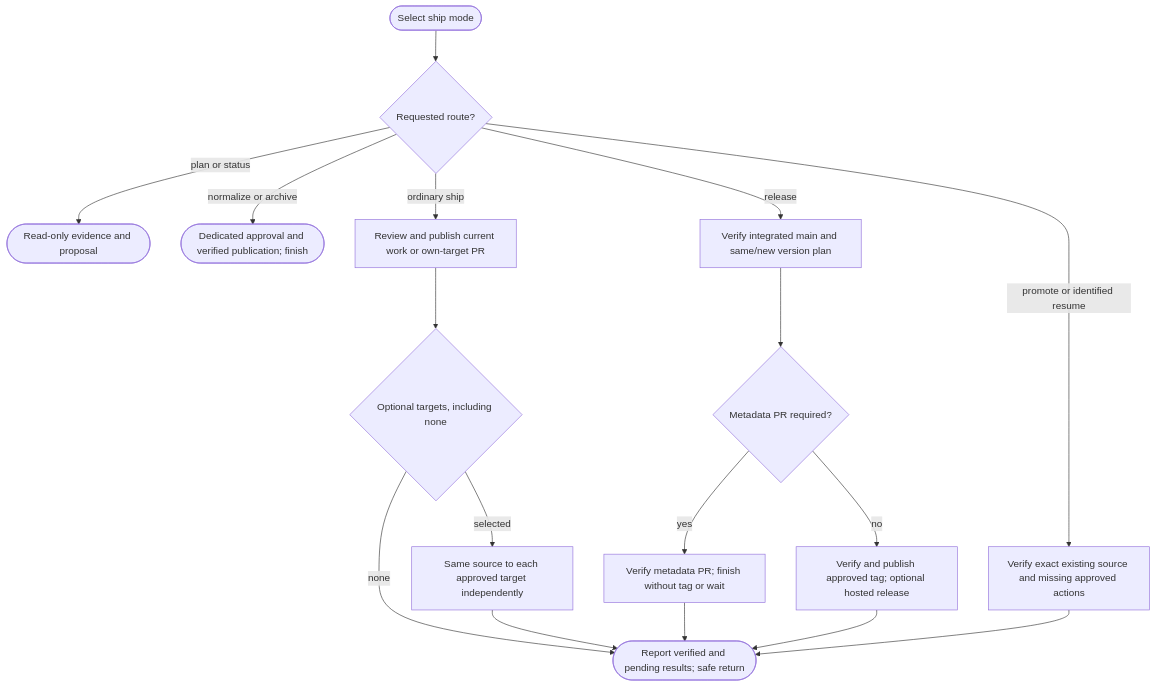
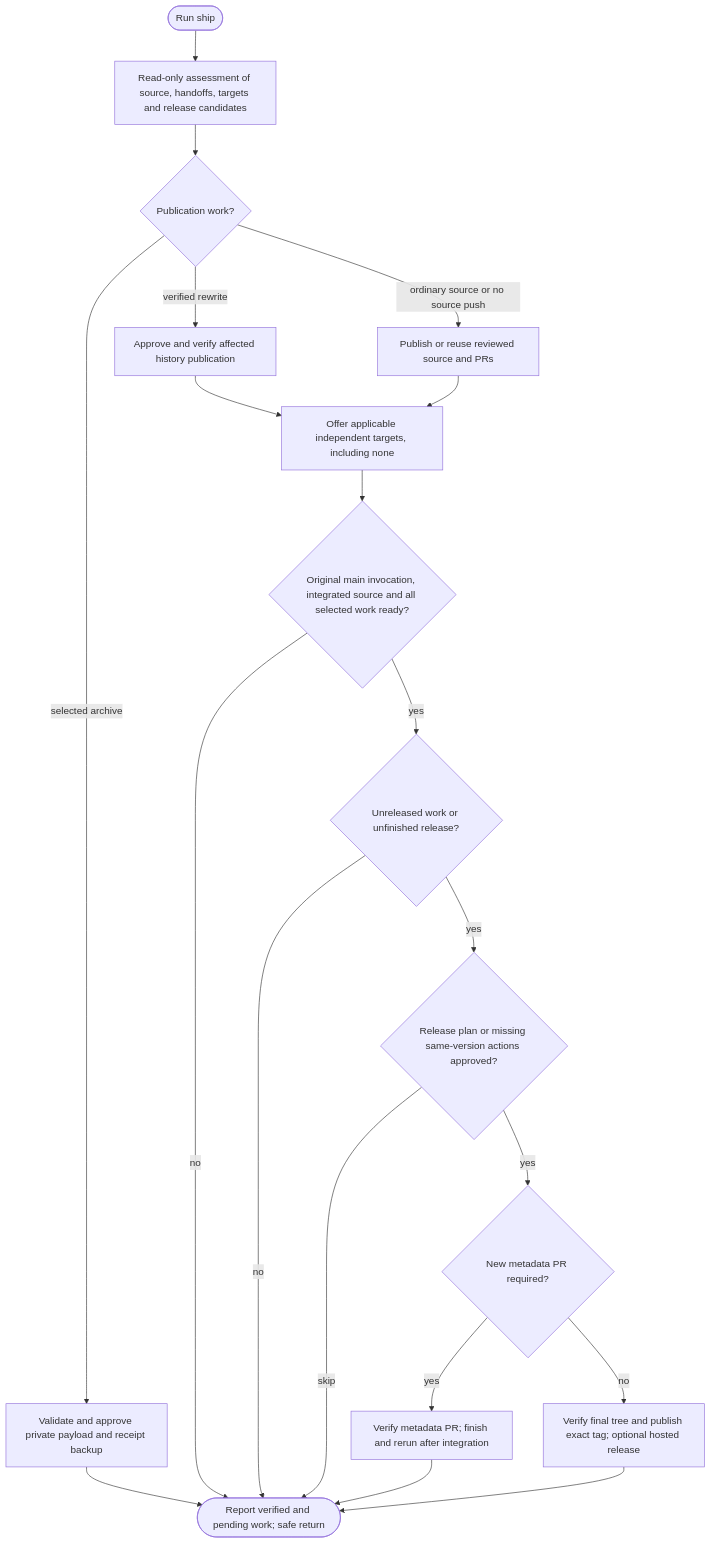
One commit to myowinthein/agent-helm changed the diagram in docs/commands/ship.md. Above: the diagram before and after it, drawn with Mermaid. The commit also changed other lines of this file and 24 other files, not shown here.

Commit message:
refactor(ship)!: unify publication workflow

````diff
--- a/docs/commands/ship.md
+++ b/docs/commands/ship.md
@@ -36,19 +39,22 @@
 ```mermaid
 flowchart TD
-  Start([Select ship mode]) --> Route{Requested route?}
-  Route -->|plan or status| Inspect([Read-only evidence and proposal])
-  Route -->|normalize or archive| Special([Dedicated approval and verified publication; finish])
-  Route -->|ordinary ship| Core[Review and publish current work or own-target PR]
-  Core --> Choice{Optional targets, including none}
-  Choice -->|none| Finish([Report verified and pending results; safe return])
-  Choice -->|selected| Targets[Same source to each approved target independently]
-  Targets --> Finish
-  Route -->|release| Release[Verify integrated main and same/new version plan]
-  Release --> Metadata{Metadata PR required?}
-  Metadata -->|yes| PR[Verify metadata PR; finish without tag or wait]
-  Metadata -->|no| Tag[Verify and publish approved tag; optional hosted release]
+  Start([Run ship]) --> Assess[Read-only assessment of source, handoffs, targets and release candidates]
+  Assess --> Kind{Publication work?}
+  Kind -->|selected archive| Backup[Validate and approve private payload and receipt backup]
+  Backup --> Finish([Report verified and pending work; safe return])
+  Kind -->|verified rewrite| History[Approve and verify affected history publication]
+  Kind -->|ordinary source or no source push| Core[Publish or reuse reviewed source and PRs]
+  History --> Targets[Offer applicable independent targets, including none]
+  Core --> Targets
+  Targets --> Ready{Original main invocation, integrated source and all selected work ready?}
+  Ready -->|no| Finish
+  Ready -->|yes| Available{Unreleased work or unfinished release?}
+  Available -->|no| Finish
+  Available -->|yes| Decision{Release plan or missing same-version actions approved?}
+  Decision -->|skip| Finish
+  Decision -->|yes| Metadata{New metadata PR required?}
+  Metadata -->|yes| PR[Verify metadata PR; finish and rerun after integration]
+  Metadata -->|no| Tag[Verify final tree and publish exact tag; optional hosted release]
   PR --> Finish
   Tag --> Finish
-  Route -->|promote or identified resume| Continue[Verify exact existing source and missing approved actions]
-  Continue --> Finish
 ```
````
